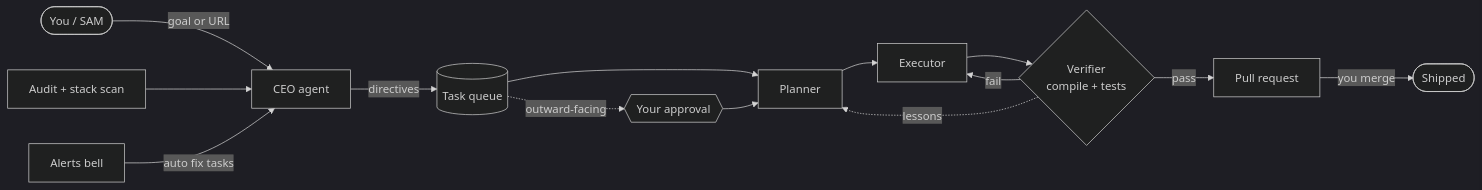
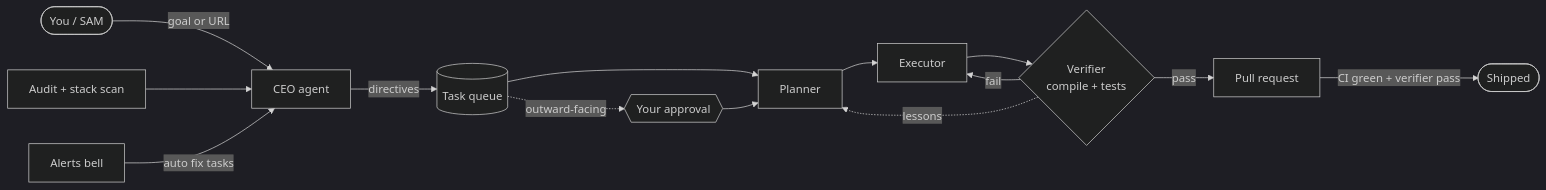
One commit to strikersam/autonomous-ai-agency changed the diagram in README.md. Above: the diagram before and after it, drawn with Mermaid (dark theme). The commit also changed other lines of this file and 11 other files, not shown here.

````diff
--- a/README.md
+++ b/README.md
@@ -82,16 +82,16 @@
 ```mermaid
 flowchart LR
     U([You / SAM]) -->|goal or URL| CEO[CEO agent]
     A[Audit + stack scan] --> CEO
     AL[Alerts bell] -->|auto fix tasks| CEO
     CEO -->|directives| Q[(Task queue)]
     Q --> P[Planner]
     P --> E[Executor]
     E --> V{Verifier<br/>compile + tests}
     V -->|fail| E
     V -->|pass| PR[Pull request]
-    PR -->|you merge| SHIP([Shipped])
+    PR -->|CI green + verifier pass| SHIP([Shipped])
     V -.lessons.-> P
     Q -.outward-facing.-> G{{Your approval}}
     G --> P
 ```
````
